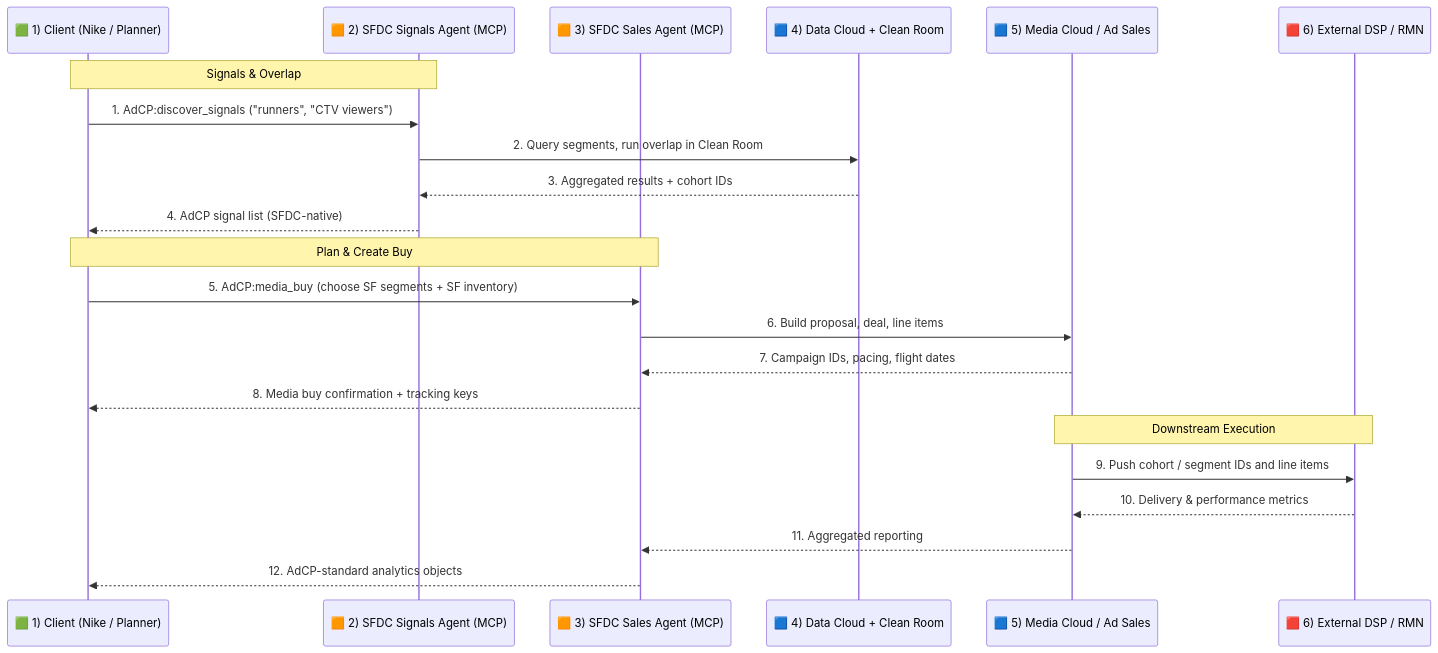
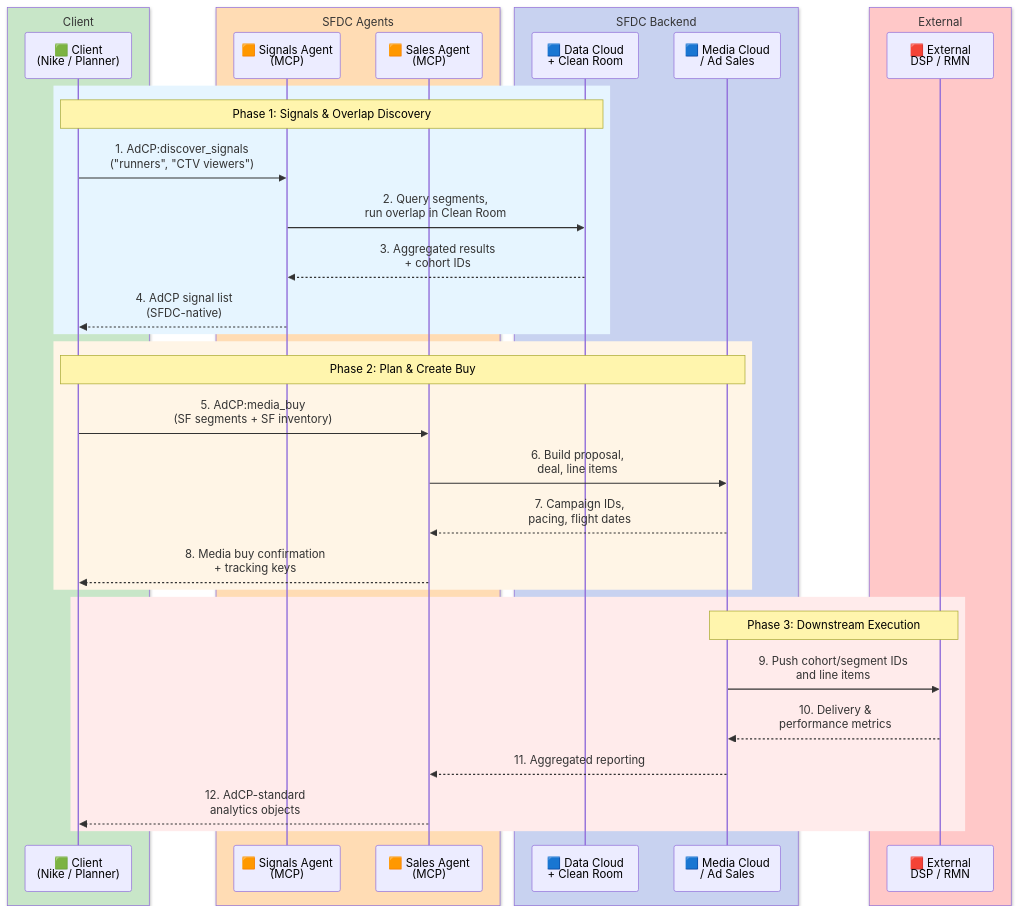
The fourth of 6 diagrams in ADCP_DATACLOUD_INTEGRATION_PATTERNS.md (arupsarkar-sfdc/admcp-media-app), drawn with Mermaid before and after one commit. The commit also changed other lines of this file, not shown here.

Commit message:
Fix: Cleaned up the texts in the diagrams

````diff
--- a/ADCP_DATACLOUD_INTEGRATION_PATTERNS.md
+++ b/ADCP_DATACLOUD_INTEGRATION_PATTERNS.md
@@ -130,27 +149,44 @@
 ```mermaid
 sequenceDiagram
-    participant C as 🟩 1) Client (Nike / Planner)
-    participant SSA as 🟧 2) SFDC Signals Agent (MCP)
-    participant SSALES as 🟧 3) SFDC Sales Agent (MCP)
-    participant DC as 🟦 4) Data Cloud + Clean Room
-    participant MC as 🟦 5) Media Cloud / Ad Sales
-    participant DSP as 🟥 6) External DSP / RMN
+    box rgb(200, 230, 200) Client
+        participant C as 🟩 Client<br/>(Nike / Planner)
+    end
+    
+    box rgb(255, 220, 180) SFDC Agents
+        participant SSA as 🟧 Signals Agent<br/>(MCP)
+        participant SSALES as 🟧 Sales Agent<br/>(MCP)
+    end
+    
+    box rgb(200, 210, 240) SFDC Backend
+        participant DC as 🟦 Data Cloud<br/>+ Clean Room
+        participant MC as 🟦 Media Cloud<br/>/ Ad Sales
+    end
+    
+    box rgb(255, 200, 200) External
+        participant DSP as 🟥 External<br/>DSP / RMN
+    end
 
-    Note over C,SSA: Signals & Overlap
-    C->>SSA: 1. AdCP:discover_signals ("runners", "CTV viewers")
-    SSA->>DC: 2. Query segments, run overlap in Clean Room
-    DC-->>SSA: 3. Aggregated results + cohort IDs
-    SSA-->>C: 4. AdCP signal list (SFDC-native)
+    rect rgb(230, 245, 255)
+        Note over C,DC: Phase 1: Signals & Overlap Discovery
+        C->>SSA: 1. AdCP:discover_signals<br/>("runners", "CTV viewers")
+        SSA->>DC: 2. Query segments,<br/>run overlap in Clean Room
+        DC-->>SSA: 3. Aggregated results<br/>+ cohort IDs
+        SSA-->>C: 4. AdCP signal list<br/>(SFDC-native)
+    end
 
-    Note over C,SSALES: Plan & Create Buy
-    C->>SSALES: 5. AdCP:media_buy (choose SF segments + SF inventory)
-    SSALES->>MC: 6. Build proposal, deal, line items
-    MC-->>SSALES: 7. Campaign IDs, pacing, flight dates
-    SSALES-->>C: 8. Media buy confirmation + tracking keys
+    rect rgb(255, 245, 230)
+        Note over C,MC: Phase 2: Plan & Create Buy
+        C->>SSALES: 5. AdCP:media_buy<br/>(SF segments + SF inventory)
+        SSALES->>MC: 6. Build proposal,<br/>deal, line items
+        MC-->>SSALES: 7. Campaign IDs,<br/>pacing, flight dates
+        SSALES-->>C: 8. Media buy confirmation<br/>+ tracking keys
+    end
 
-    Note over MC,DSP: Downstream Execution
-    MC->>DSP: 9. Push cohort / segment IDs and line items
-    DSP-->>MC: 10. Delivery & performance metrics
-    MC-->>SSALES: 11. Aggregated reporting
-    SSALES-->>C: 12. AdCP-standard analytics objects
+    rect rgb(255, 235, 235)
+        Note over MC,DSP: Phase 3: Downstream Execution
+        MC->>DSP: 9. Push cohort/segment IDs<br/>and line items
+        DSP-->>MC: 10. Delivery &<br/>performance metrics
+        MC-->>SSALES: 11. Aggregated reporting
+        SSALES-->>C: 12. AdCP-standard<br/>analytics objects
+    end
 ```
````
